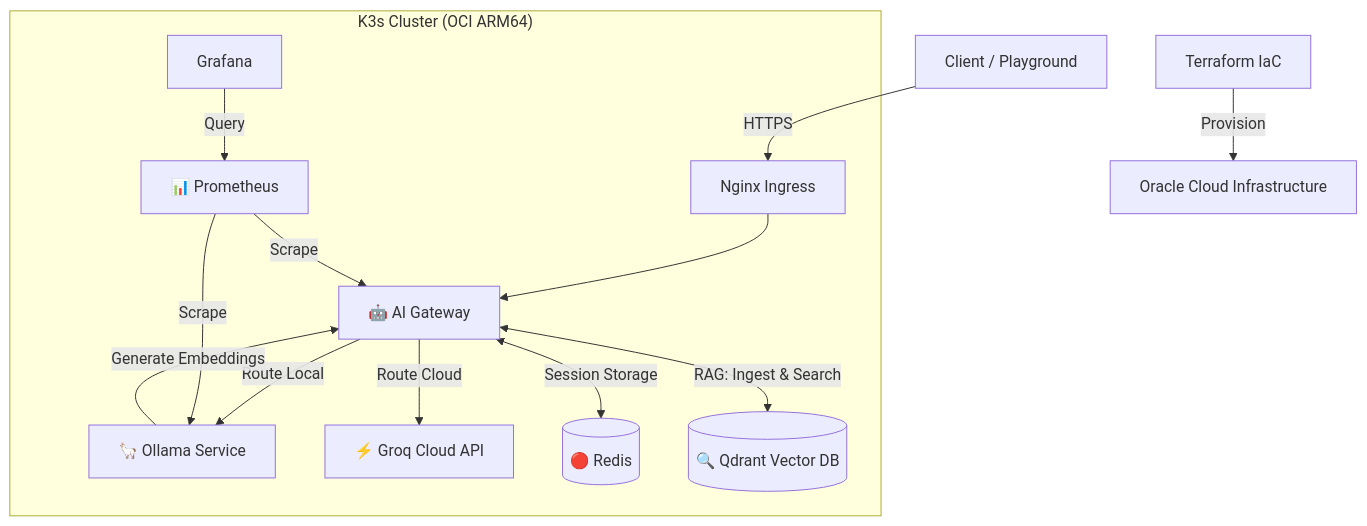
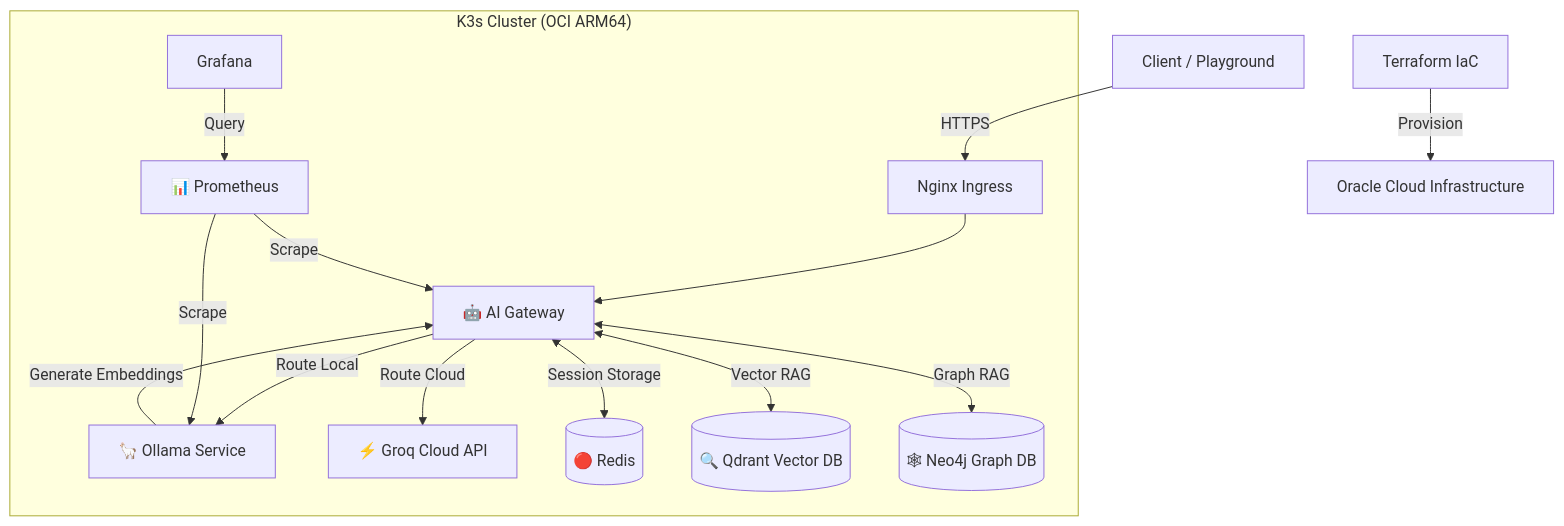
One commit to ivanGrzegorczyk/ai-infra-lab changed the diagram in README.md. Above: the diagram before and after it, drawn with Mermaid. The commit also changed other lines of this file and 1 other file, not shown here.

Commit message:
docs: actualizar READMEs con documentación completa de GraphRAG y Neo4j

````diff
--- a/README.md
+++ b/README.md
@@ -20,22 +20,23 @@
 ```mermaid
 graph TD
     Client[Client / Playground] -->|HTTPS| Ingress[Nginx Ingress]
     
     subgraph "K3s Cluster (OCI ARM64)"
         Ingress --> Gateway[🤖 AI Gateway]
         
         Gateway -->|Route Local| Ollama[🦙 Ollama Service]
         Gateway -->|Route Cloud| Groq[⚡ Groq Cloud API]
         
         Gateway <-->|Session Storage| Redis[(🔴 Redis)]
-        Gateway <-->|RAG: Ingest & Search| Qdrant[(🔍 Qdrant Vector DB)]
+        Gateway <-->|Vector RAG| Qdrant[(🔍 Qdrant Vector DB)]
+        Gateway <-->|Graph RAG| Neo4j[(🕸 Neo4j Graph DB)]
         
         Ollama -->|Generate Embeddings| Gateway
         
         Prometheus[📊 Prometheus] -->|Scrape| Gateway
         Prometheus -->|Scrape| Ollama
         Grafana -->|Query| Prometheus
     end
     
     Terraform[Terraform IaC] -->|Provision| OCI[Oracle Cloud Infrastructure]
 ```
````
